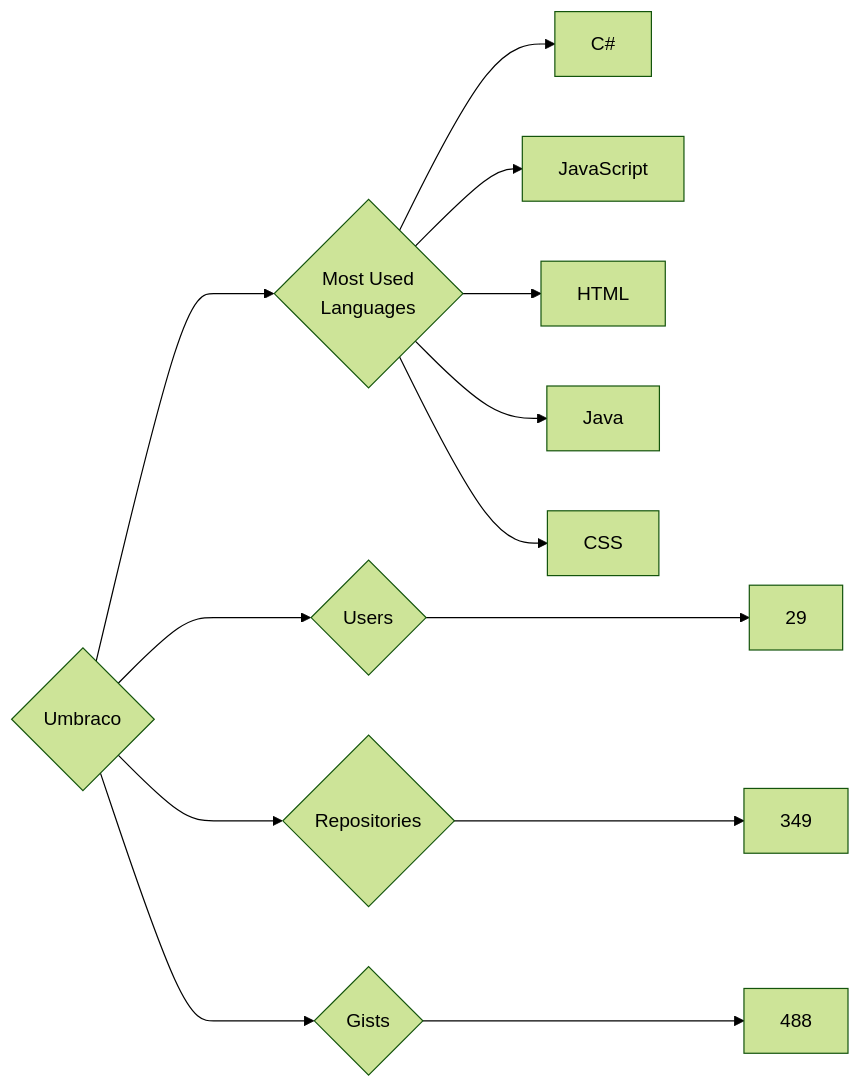
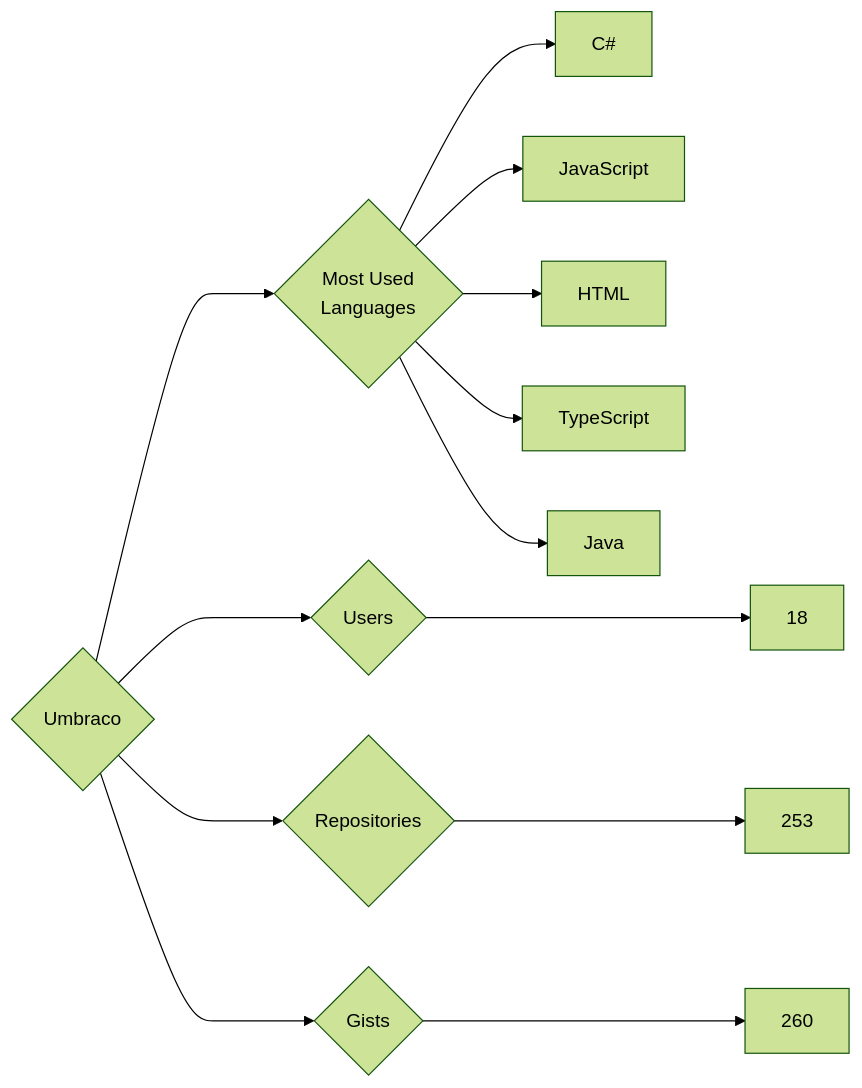
One commit to trickest/insiders changed the diagram in targets/Umbraco/README.md. Above: the diagram before and after it, drawn with Mermaid (forest theme). The commit also changed 976 other files, not shown here.

````diff
--- a/targets/Umbraco/README.md
+++ b/targets/Umbraco/README.md
@@ -3,13 +3,13 @@
 ```mermaid
 graph LR
 COMPANY_NAME{Umbraco}
-COMPANY_NAME ---> U{Users} ---> UN[29]
-COMPANY_NAME ---> R{Repositories} ---> RN[349]
-COMPANY_NAME ---> G{Gists} ---> GN[488]
+COMPANY_NAME ---> U{Users} ---> UN[18]
+COMPANY_NAME ---> R{Repositories} ---> RN[253]
+COMPANY_NAME ---> G{Gists} ---> GN[260]
 COMPANY_NAME ---> ML{Most Used<br>Languages}
 ML --> C#[C#]
 ML --> JavaScript[JavaScript]
 ML --> HTML[HTML]
+ML --> TypeScript[TypeScript]
 ML --> Java[Java]
-ML --> CSS[CSS]
 ```
````
